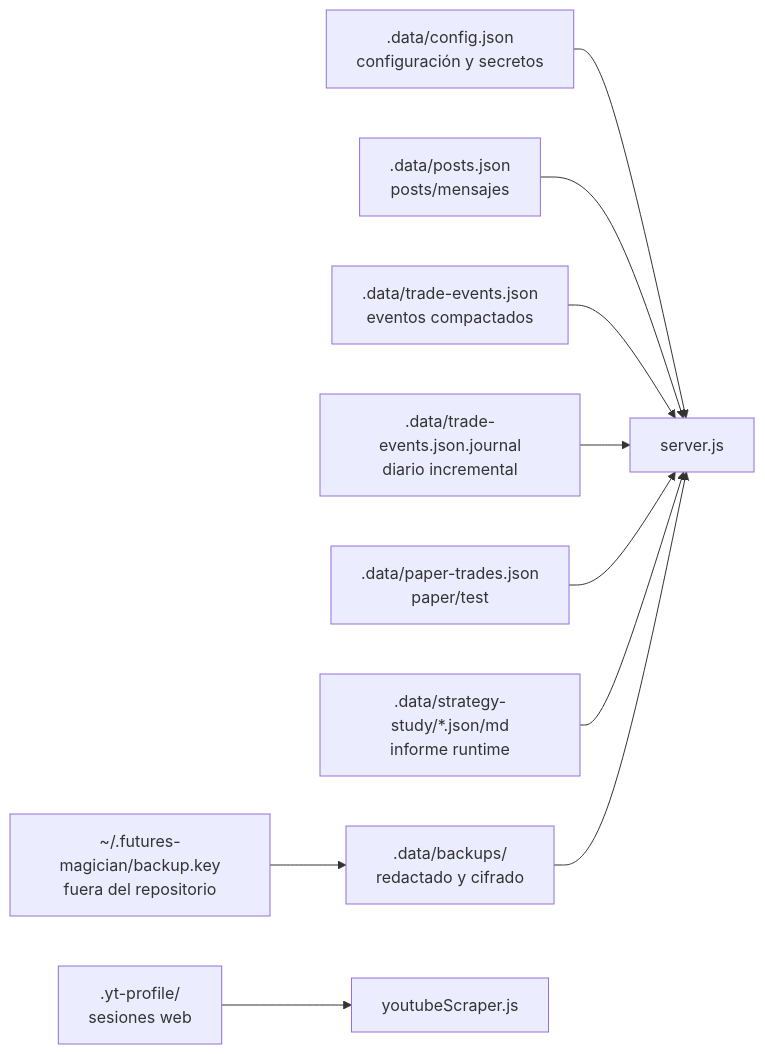
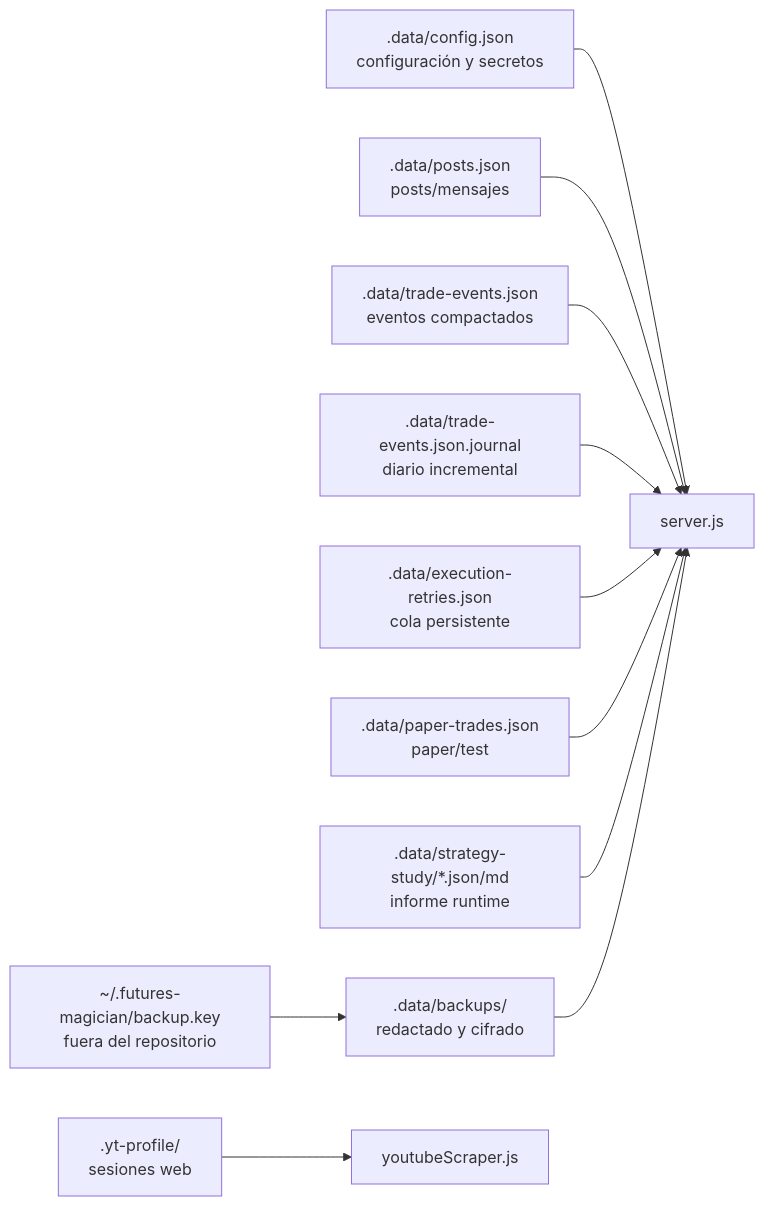
The third of 3 diagrams in docs/ARCHITECTURE.md (JotaTerrasa/yt-members-signal-trader), drawn with Mermaid before and after one commit. The commit also changed other lines of this file and 26 other files, not shown here.

````diff
--- a/docs/ARCHITECTURE.md
+++ b/docs/ARCHITECTURE.md
@@ -89,12 +96,13 @@
 ```mermaid
 flowchart LR
   config[".data/config.json<br/>configuración y secretos"] --> server["server.js"]
   posts[".data/posts.json<br/>posts/mensajes"] --> server
   events[".data/trade-events.json<br/>eventos compactados"] --> server
   journal[".data/trade-events.json.journal<br/>diario incremental"] --> server
+  retries[".data/execution-retries.json<br/>cola persistente"] --> server
   paper[".data/paper-trades.json<br/>paper/test"] --> server
   study[".data/strategy-study/*.json/md<br/>informe runtime"] --> server
   backups[".data/backups/<br/>redactado y cifrado"] --> server
   key["~/.futures-magician/backup.key<br/>fuera del repositorio"] --> backups
   profile[".yt-profile/<br/>sesiones web"] --> scraper["youtubeScraper.js"]
 ```
````
